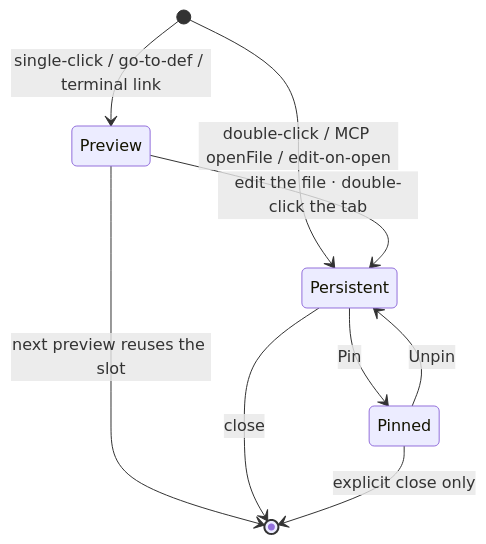
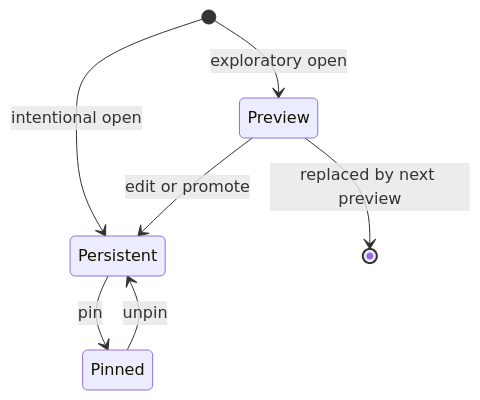
Before and after one commit to Kapps/weavie: the first of 2 diagrams in docs/specs/editor-tabs.md, drawn with Mermaid. The commit also changed other lines of this file and 302 other files, not shown here.

````diff
--- a/docs/specs/editor-tabs.md
+++ b/docs/specs/editor-tabs.md
@@ -31,11 +13,9 @@
 ```mermaid
 stateDiagram-v2
-    [*] --> Preview: single-click / go-to-def / terminal link
-    [*] --> Persistent: double-click / MCP openFile / edit-on-open
-    Preview --> Persistent: edit the file · double-click the tab
-    Preview --> [*]: next preview reuses the slot
-    Persistent --> Pinned: Pin
-    Pinned --> Persistent: Unpin
-    Persistent --> [*]: close
-    Pinned --> [*]: explicit close only
+    [*] --> Preview: exploratory open
+    [*] --> Persistent: intentional open
+    Preview --> Persistent: edit or promote
+    Preview --> [*]: replaced by next preview
+    Persistent --> Pinned: pin
+    Pinned --> Persistent: unpin
 ```
````
